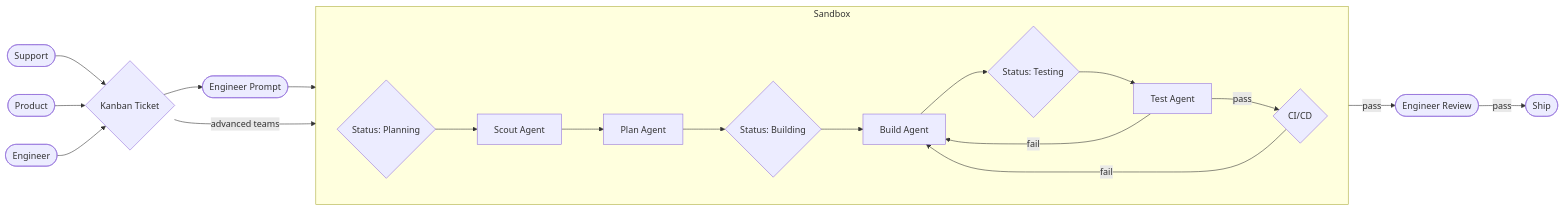
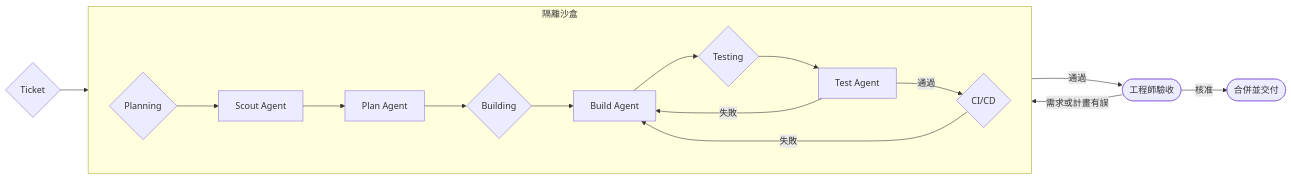
The ninth of 11 diagrams in README.md (shaun-agent/agentic-coding-development-toolkit), drawn with Mermaid before and after one commit. The commit also changed other lines of this file and 1 other file, not shown here.

````diff
--- a/README.md
+++ b/README.md
@@ -346,37 +190,29 @@
 ```mermaid
 flowchart LR
-    s11_support_human(["Support"])
-    s11_product_human(["Product"])
-    s11_engineer_human(["Engineer"])
-    s11_ticket_code{"Kanban Ticket"}
-    s11_prompt_human(["Engineer Prompt"])
+    ticket{"Ticket"}
 
-    subgraph s11_sandbox_group["Sandbox"]
+    subgraph sandbox["隔離沙盒"]
         direction LR
-        s11_planning_code{"Status: Planning"}
-        s11_scout_agent["Scout Agent"]
-        s11_plan_agent["Plan Agent"]
-        s11_building_code{"Status: Building"}
-        s11_build_agent["Build Agent"]
-        s11_testing_code{"Status: Testing"}
-        s11_test_agent["Test Agent"]
-        s11_cicd_code{"CI/CD"}
+        planning{"Planning"}
+        scout["Scout Agent"]
+        plan["Plan Agent"]
+        building{"Building"}
+        build["Build Agent"]
+        testing{"Testing"}
+        test["Test Agent"]
+        ci{"CI/CD"}
 
-        s11_planning_code --> s11_scout_agent --> s11_plan_agent --> s11_building_code
-        s11_building_code --> s11_build_agent --> s11_testing_code --> s11_test_agent
-        s11_test_agent -->|fail| s11_build_agent
-        s11_test_agent -->|pass| s11_cicd_code
-        s11_cicd_code -->|fail| s11_build_agent
+        planning --> scout --> plan --> building --> build --> testing --> test
+        test -->|失敗| build
+        test -->|通過| ci
+        ci -->|失敗| build
     end
 
-    s11_review_human(["Engineer Review"])
-    s11_ship_human(["Ship"])
+    review(["工程師驗收"])
+    ship(["合併並交付"])
 
-    s11_support_human --> s11_ticket_code
-    s11_product_human --> s11_ticket_code
-    s11_engineer_human --> s11_ticket_code
-    s11_ticket_code --> s11_prompt_human --> s11_planning_code
-    s11_ticket_code -->|advanced teams| s11_planning_code
-    s11_cicd_code -->|pass| s11_review_human
-    s11_review_human -->|pass| s11_ship_human
+    ticket --> planning
+    ci -->|通過| review
+    review -->|核准| ship
+    review -->|需求或計畫有誤| planning
 ```
````
